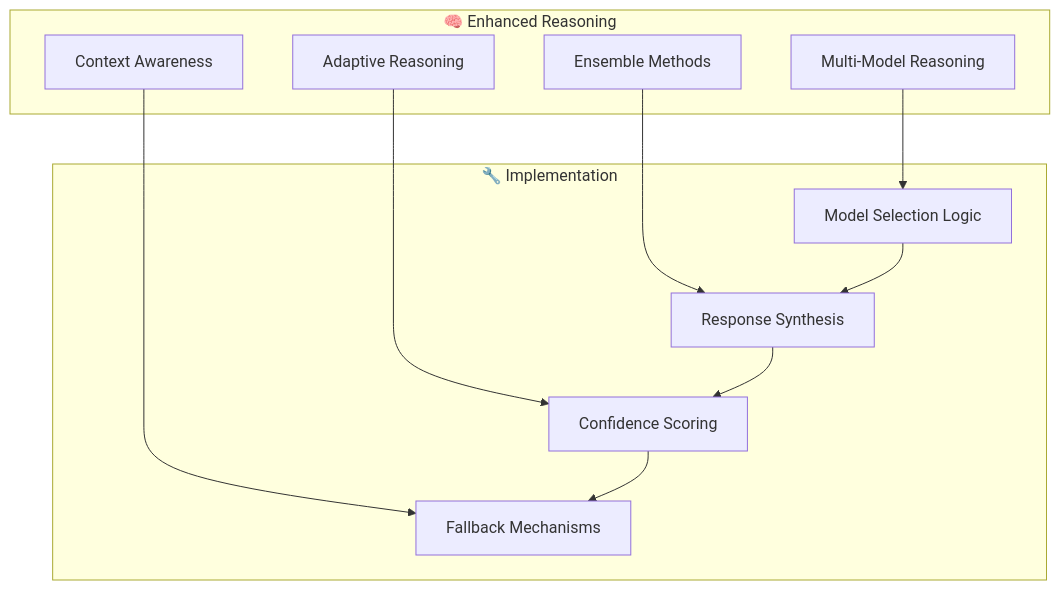
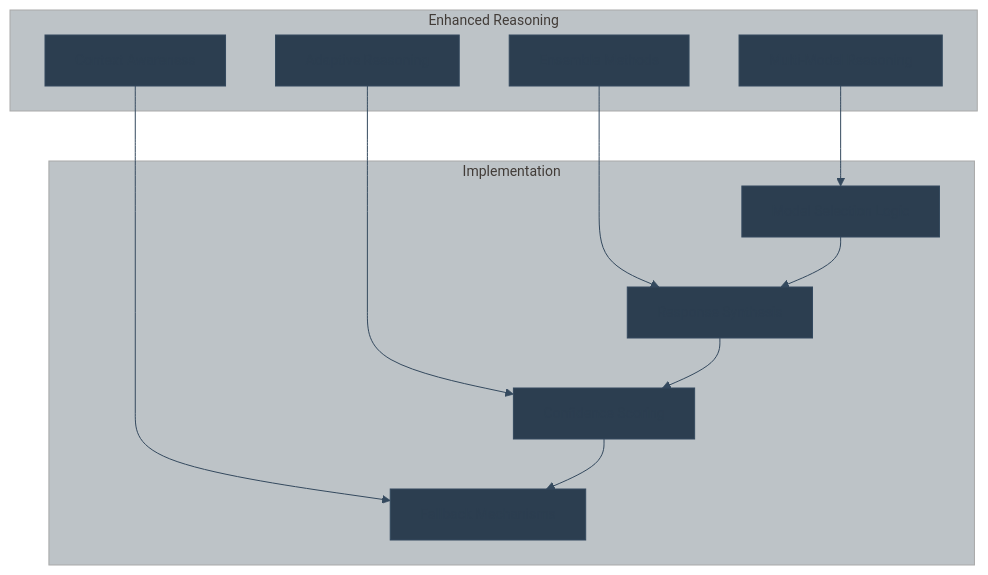
Before and after one commit to khaosans/basic-chat: the first of 10 diagrams in docs/ROADMAP.md, drawn with Mermaid. The commit also changed other lines of this file and 10 other files, not shown here.

````diff
--- a/docs/ROADMAP.md
+++ b/docs/ROADMAP.md
@@ -63,25 +59,26 @@
 ```mermaid
+%%{init: {'theme': 'base', 'themeVariables': { 'fontSize': '14px', 'fontFamily': 'arial', 'primaryColor': '#2c3e50', 'primaryTextColor': '#2c3e50', 'primaryBorderColor': '#34495e', 'lineColor': '#34495e', 'secondaryColor': '#ecf0f1', 'tertiaryColor': '#bdc3c7'}}}%%
 graph TB
-    subgraph "🧠 Enhanced Reasoning"
+    subgraph "Enhanced Reasoning"
         MULTI_MODEL[Multi-Model Reasoning]
         ENSEMBLE[Ensemble Methods]
         ADAPTIVE[Adaptive Reasoning]
         CONTEXT[Context Awareness]
     end
     
-    subgraph "🔧 Implementation"
+    subgraph "Implementation"
         MODEL_SELECTION[Model Selection Logic]
         RESPONSE_SYNTHESIS[Response Synthesis]
         CONFIDENCE[Confidence Scoring]
         FALLBACK[Fallback Mechanisms]
     end
     
     MULTI_MODEL --> MODEL_SELECTION
     ENSEMBLE --> RESPONSE_SYNTHESIS
     ADAPTIVE --> CONFIDENCE
     CONTEXT --> FALLBACK
     
     MODEL_SELECTION --> RESPONSE_SYNTHESIS
     RESPONSE_SYNTHESIS --> CONFIDENCE
     CONFIDENCE --> FALLBACK
 ```
````
